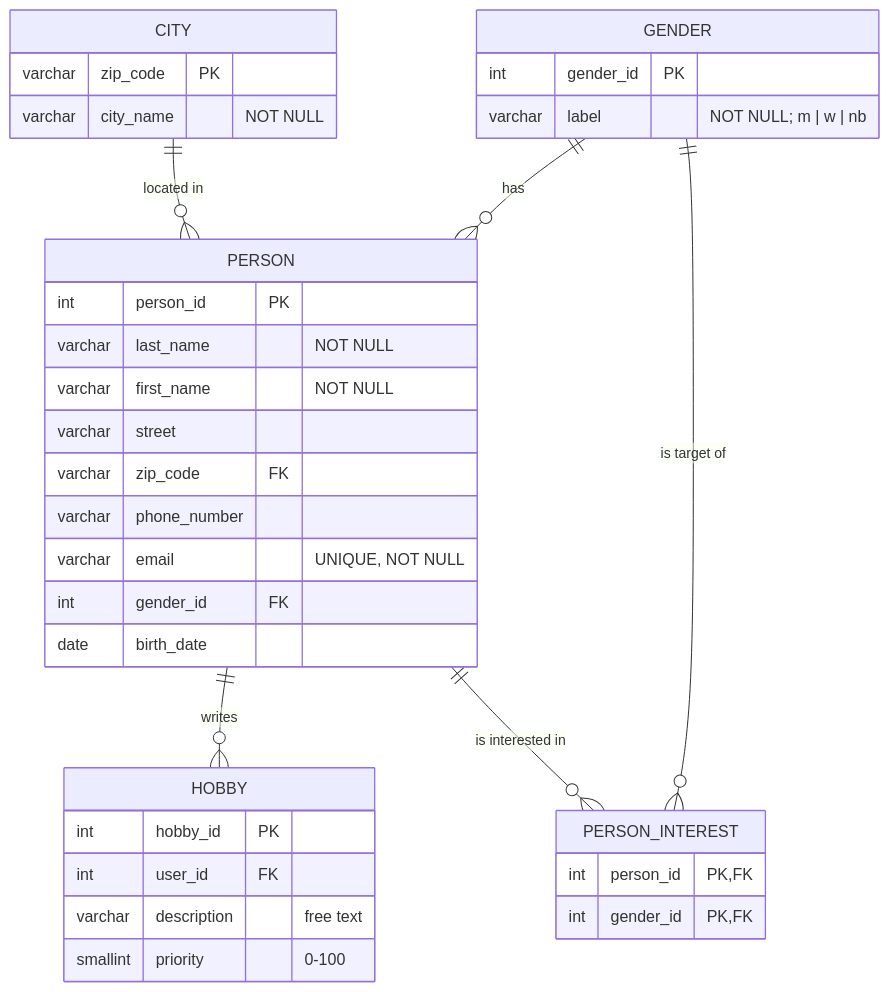
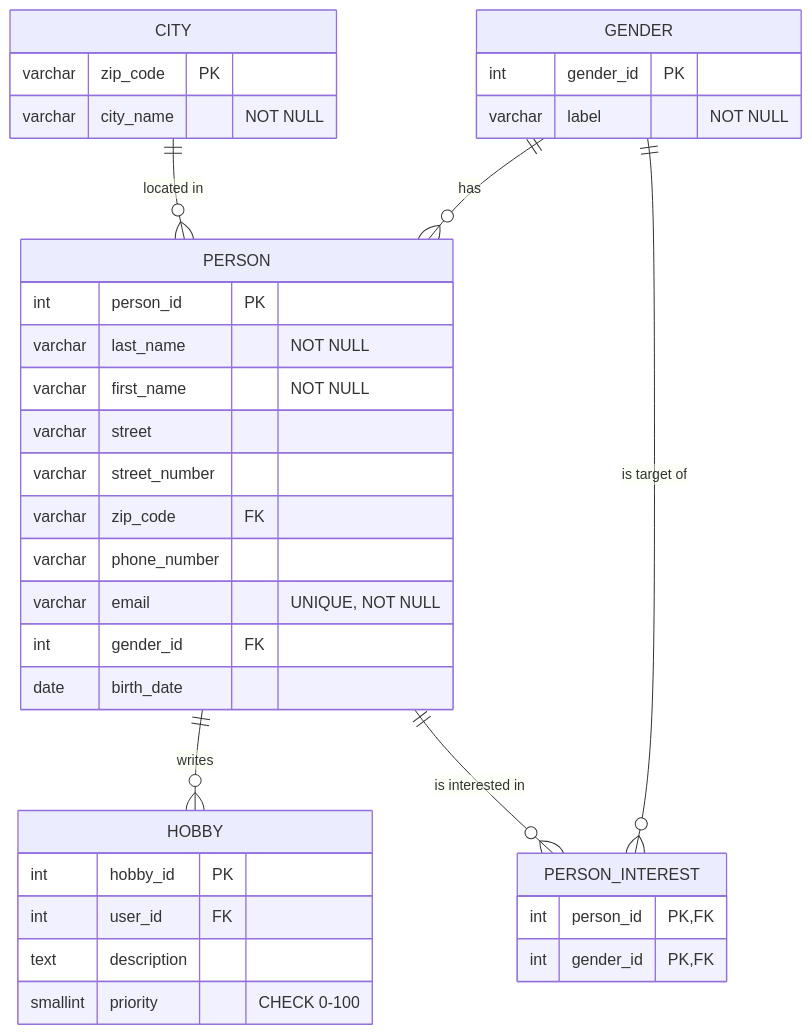
Before and after one commit to Henrikbch1/LetsMeet: the diagram in results/befundnotiz.md, drawn with Mermaid. The commit also changed 5 other files, not shown here.

````diff
--- a/results/befundnotiz.md
+++ b/results/befundnotiz.md
@@ -5,42 +5,43 @@
 ```mermaid
 erDiagram
     CITY {
         varchar zip_code PK
         varchar city_name "NOT NULL"
     }
 
     GENDER {
         int gender_id PK
-        varchar label "NOT NULL; m | w | nb"
+        varchar label "NOT NULL"
     }
 
     PERSON {
         int person_id PK
         varchar last_name "NOT NULL"
         varchar first_name "NOT NULL"
         varchar street
+        varchar street_number
         varchar zip_code FK
         varchar phone_number
         varchar email "UNIQUE, NOT NULL"
         int gender_id FK
         date birth_date
     }
 
     HOBBY {
         int hobby_id PK
         int user_id FK
-        varchar description "free text"
-        smallint priority "0-100"
+        text description
+        smallint priority "CHECK 0-100"
     }
 
     PERSON_INTEREST {
         int person_id PK,FK
         int gender_id PK,FK
     }
 
     CITY      ||--o{ PERSON      : "located in"
     GENDER    ||--o{ PERSON      : "has"
     PERSON    ||--o{ HOBBY         : "writes"
     PERSON    ||--o{ PERSON_INTEREST : "is interested in"
     GENDER    ||--o{ PERSON_INTEREST : "is target of"
 ```
````
